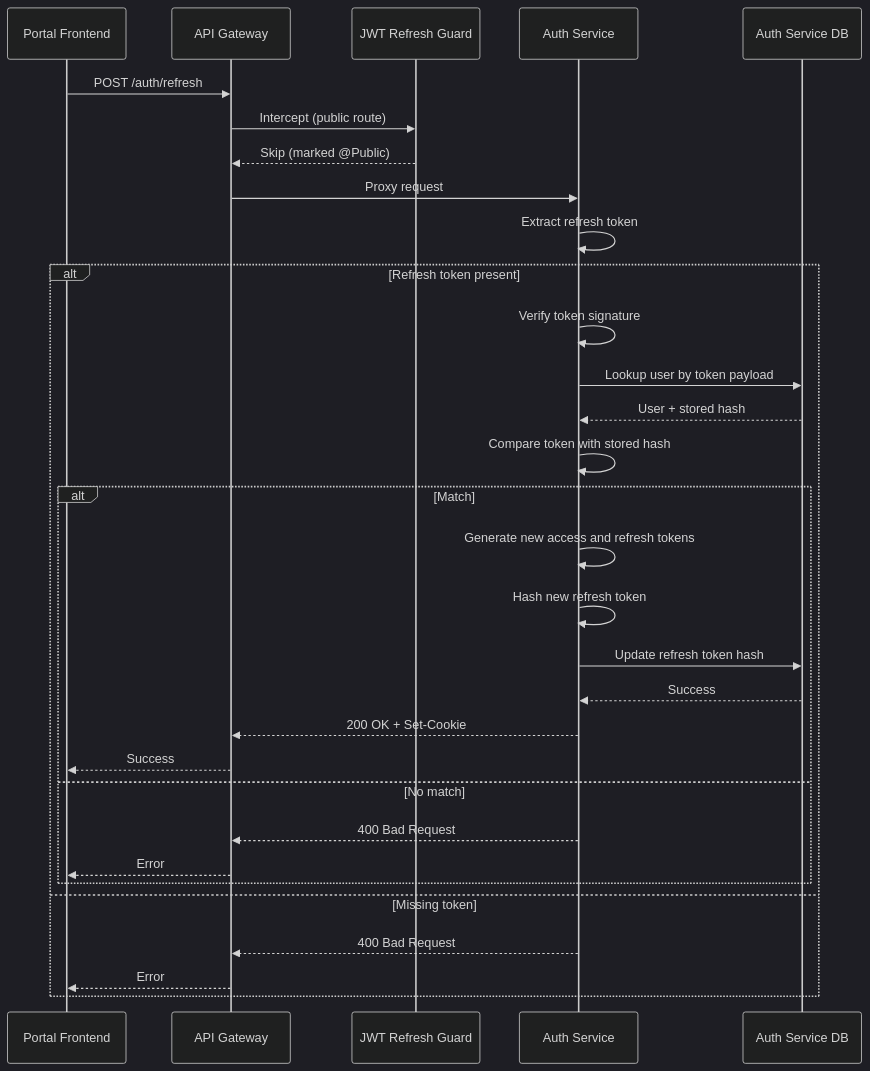
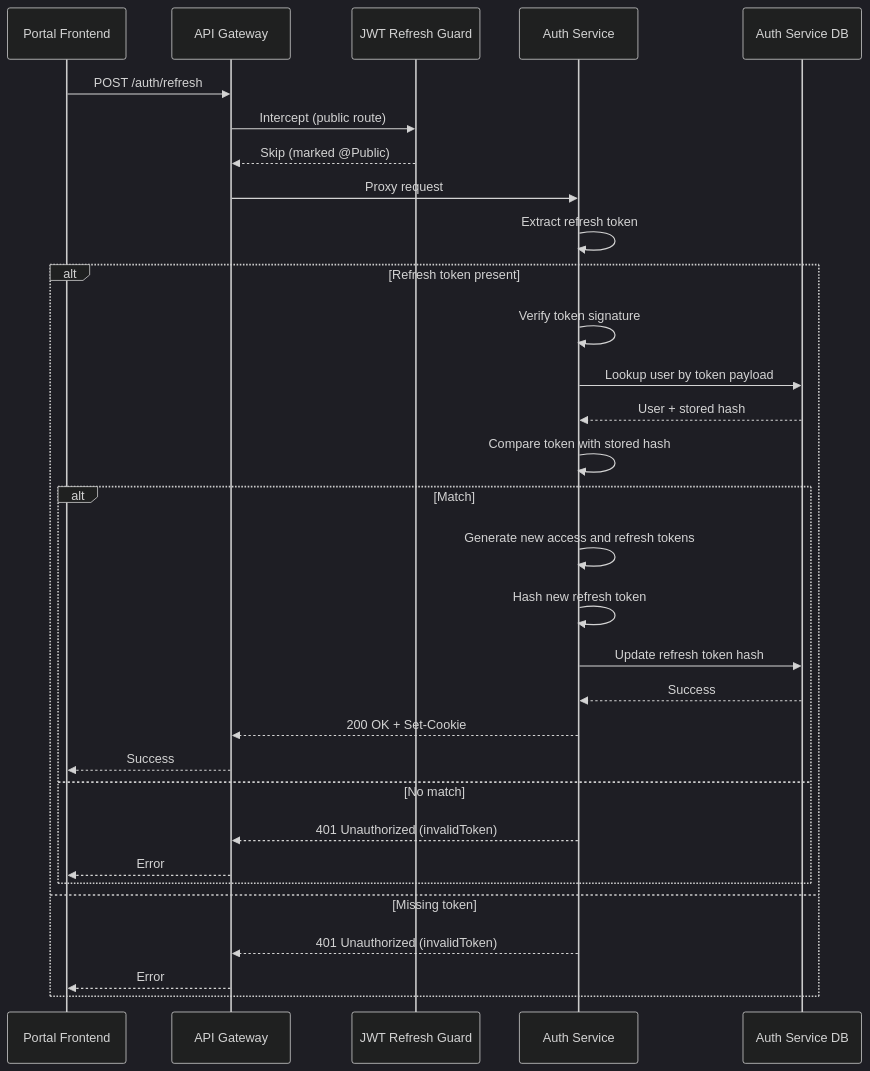
One commit to aoda-zhang/PawHaven-FullStack-React-NodeJS changed the fourth of 4 diagrams in .codebuddy/docs/authentication-architecture.md. Above: the diagram before and after it, drawn with Mermaid (dark theme). The commit also changed other lines of this file and 136 other files, not shown here.

````diff
--- a/.codebuddy/docs/authentication-architecture.md
+++ b/.codebuddy/docs/authentication-architecture.md
@@ -171,35 +171,35 @@
 ```mermaid
 sequenceDiagram
     participant Portal as Portal Frontend
     participant Gateway as API Gateway
     participant RefreshGuard as JWT Refresh Guard
     participant AuthService as Auth Service
     participant AuthDB as Auth Service DB
 
     Portal->>Gateway: POST /auth/refresh
     Gateway->>RefreshGuard: Intercept (public route)
     RefreshGuard-->>Gateway: Skip (marked @Public)
     Gateway->>AuthService: Proxy request
 
     AuthService->>AuthService: Extract refresh token
     alt Refresh token present
         AuthService->>AuthService: Verify token signature
         AuthService->>AuthDB: Lookup user by token payload
         AuthDB-->>AuthService: User + stored hash
         AuthService->>AuthService: Compare token with stored hash
         alt Match
             AuthService->>AuthService: Generate new access and refresh tokens
             AuthService->>AuthService: Hash new refresh token
             AuthService->>AuthDB: Update refresh token hash
             AuthDB-->>AuthService: Success
             AuthService-->>Gateway: 200 OK + Set-Cookie
             Gateway-->>Portal: Success
         else No match
-            AuthService-->>Gateway: 400 Bad Request
+            AuthService-->>Gateway: 401 Unauthorized (invalidToken)
             Gateway-->>Portal: Error
         end
     else Missing token
-        AuthService-->>Gateway: 400 Bad Request
+        AuthService-->>Gateway: 401 Unauthorized (invalidToken)
         Gateway-->>Portal: Error
     end
 ```
````
